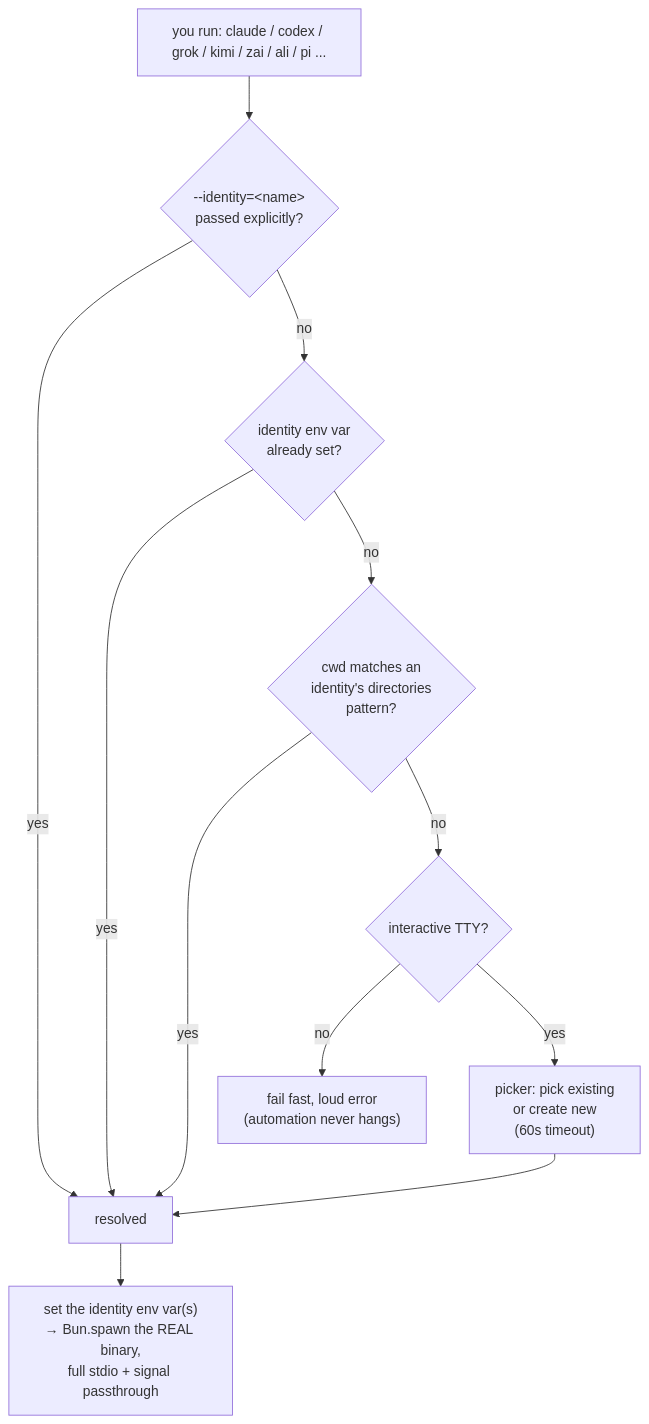
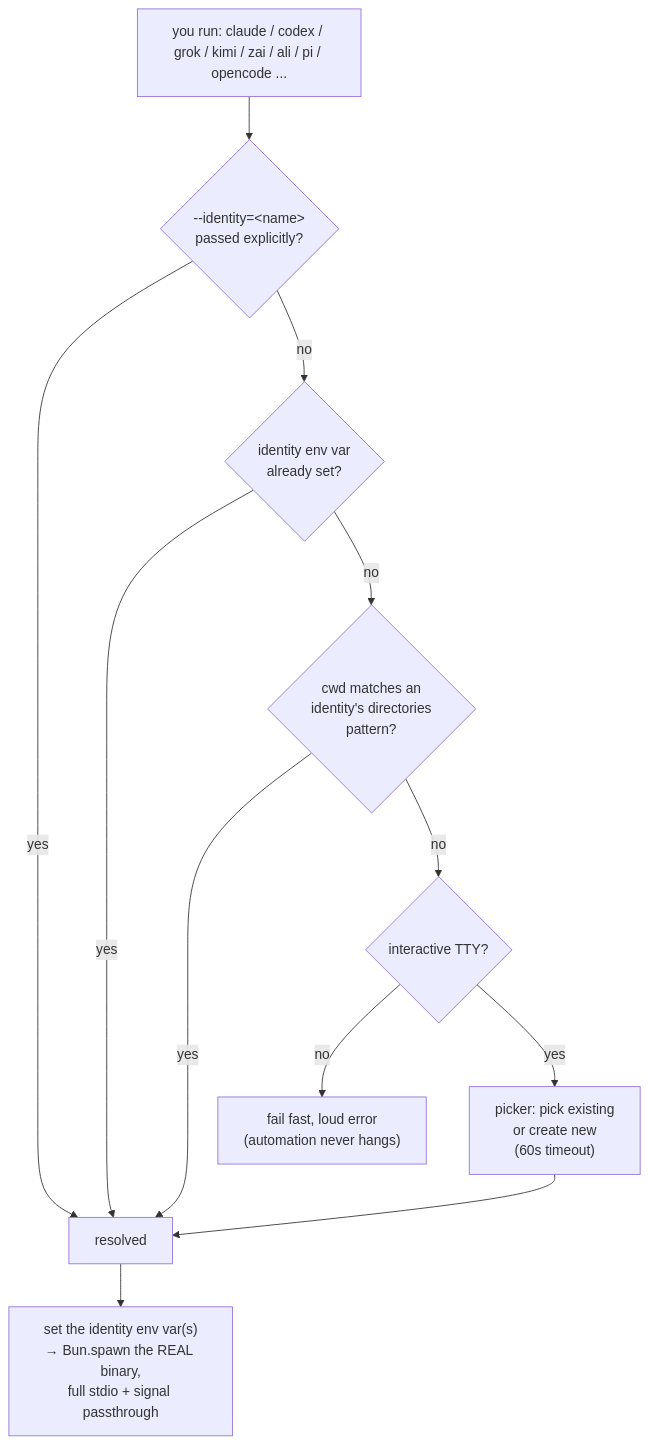
One commit to DynacomSolutions/AiSwitcher changed the diagram in README.md. Above: the diagram before and after it, drawn with Mermaid. The commit also changed other lines of this file and 20 other files, not shown here.

````diff
--- a/README.md
+++ b/README.md
@@ -36,14 +36,14 @@
 ```mermaid
 flowchart TD
-    A["you run: claude / codex / grok / kimi / zai / ali / pi ..."] --> B{"--identity=&lt;name&gt;\npassed explicitly?"}
+    A["you run: claude / codex / grok / kimi / zai / ali / pi / opencode ..."] --> B{"--identity=&lt;name&gt;\npassed explicitly?"}
     B -- yes --> R[resolved]
     B -- no --> C{"identity env var\nalready set?"}
     C -- yes --> R
     C -- no --> D{"cwd matches an\nidentity's directories\npattern?"}
     D -- yes --> R
     D -- no --> E{"interactive TTY?"}
     E -- no --> F["fail fast, loud error\n(automation never hangs)"]
     E -- yes --> G["picker: pick existing\nor create new\n(60s timeout)"]
     G --> R
     R --> H["set the identity env var(s)\n→ Bun.spawn the REAL binary,\nfull stdio + signal passthrough"]
 ```
````
